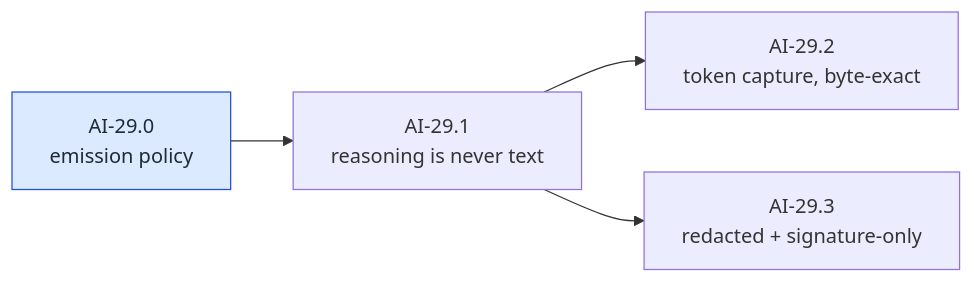
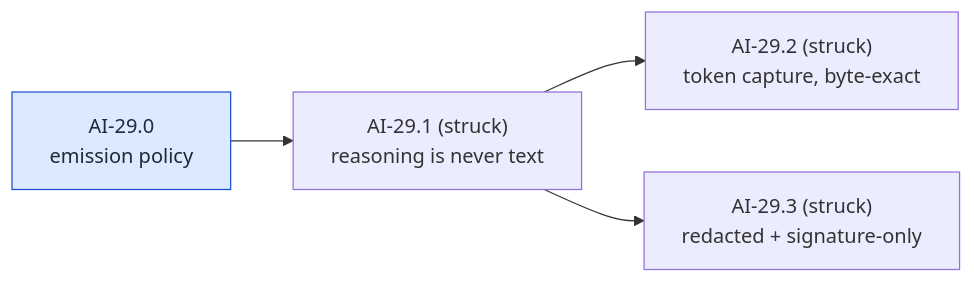
Before and after one commit to witsaba/cachicamas: diagram 21 of 29 in docs/architecture/milestones/0002-cachicamas-ai-layer-1-task-graph.md, drawn with Mermaid. The commit also changed other lines of this file and 4 other files, not shown here.

````diff
--- a/docs/architecture/milestones/0002-cachicamas-ai-layer-1-task-graph.md
+++ b/docs/architecture/milestones/0002-cachicamas-ai-layer-1-task-graph.md
@@ -1755,8 +1764,8 @@
 ```mermaid
 flowchart LR
-    X0["AI-29.0<br/>emission policy"] --> X1["AI-29.1<br/>reasoning is never text"]
-    X1 --> X2["AI-29.2<br/>token capture, byte-exact"]
-    X1 --> X3["AI-29.3<br/>redacted + signature-only"]
+    X0["AI-29.0<br/>emission policy"] --> X1["AI-29.1 (struck)<br/>reasoning is never text"]
+    X1 --> X2["AI-29.2 (struck)<br/>token capture, byte-exact"]
+    X1 --> X3["AI-29.3 (struck)<br/>redacted + signature-only"]
     classDef d fill:#dbeafe,stroke:#1d4ed8,color:#1f2937
     class X0 d
 ```
````
